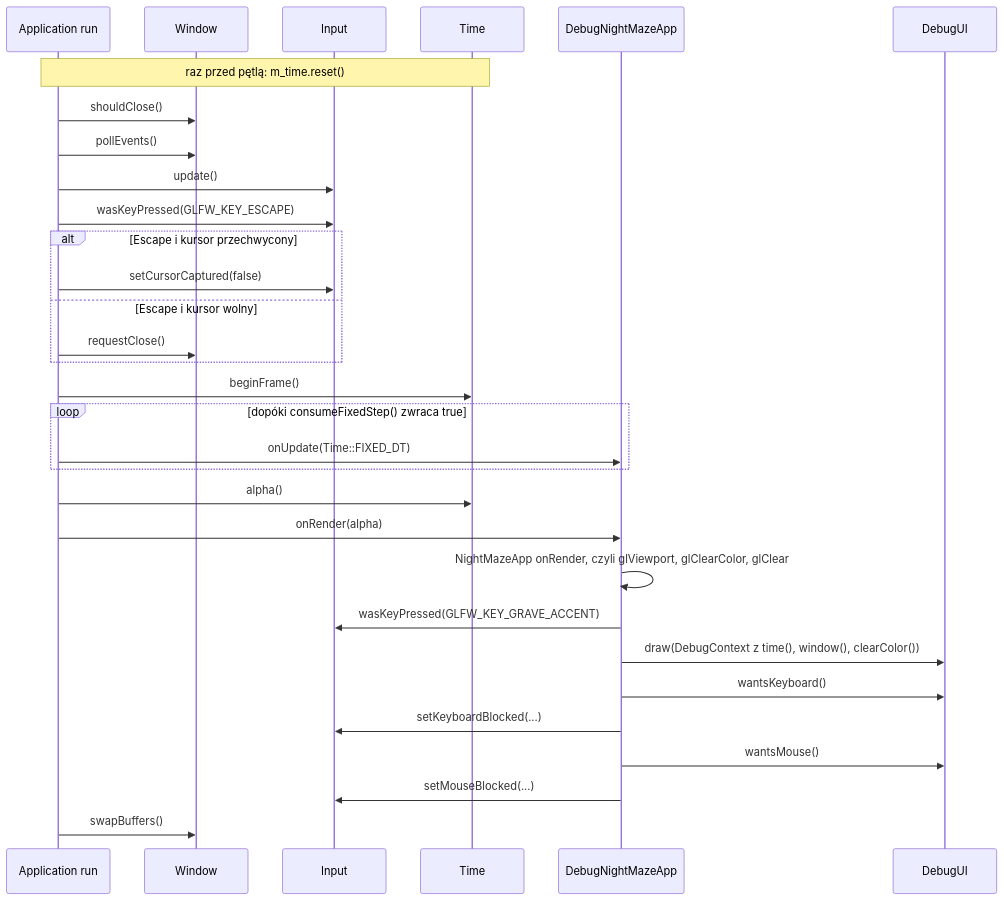
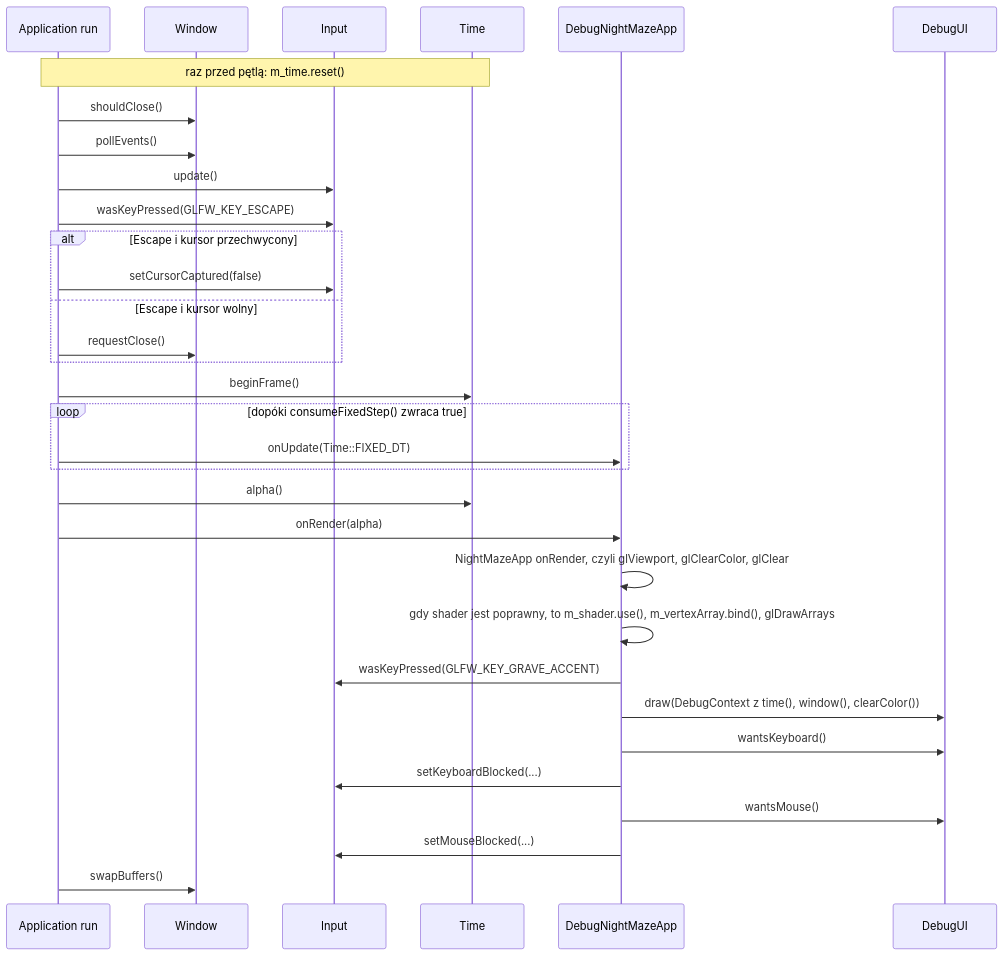
One commit to Shironex/night-maze changed the second of 3 diagrams in docs/modules/core/README.md. Above: the diagram before and after it, drawn with Mermaid. The commit also changed other lines of this file and 20 other files, not shown here.

````diff
--- a/docs/modules/core/README.md
+++ b/docs/modules/core/README.md
@@ -70,33 +71,34 @@
 ```mermaid
 sequenceDiagram
     participant Run as Application run
     participant Win as Window
     participant In as Input
     participant T as Time
     participant App as DebugNightMazeApp
     participant UI as DebugUI
     Note over Run,T: raz przed pętlą: m_time.reset()
     Run->>Win: shouldClose()
     Run->>Win: pollEvents()
     Run->>In: update()
     Run->>In: wasKeyPressed(GLFW_KEY_ESCAPE)
     alt Escape i kursor przechwycony
         Run->>In: setCursorCaptured(false)
     else Escape i kursor wolny
         Run->>Win: requestClose()
     end
     Run->>T: beginFrame()
     loop dopóki consumeFixedStep() zwraca true
         Run->>App: onUpdate(Time::FIXED_DT)
     end
     Run->>T: alpha()
     Run->>App: onRender(alpha)
     App->>App: NightMazeApp onRender, czyli glViewport, glClearColor, glClear
+    App->>App: gdy shader jest poprawny, to m_shader.use(), m_vertexArray.bind(), glDrawArrays
     App->>In: wasKeyPressed(GLFW_KEY_GRAVE_ACCENT)
     App->>UI: draw(DebugContext z time(), window(), clearColor())
     App->>UI: wantsKeyboard()
     App->>In: setKeyboardBlocked(...)
     App->>UI: wantsMouse()
     App->>In: setMouseBlocked(...)
     Run->>Win: swapBuffers()
 ```
````
